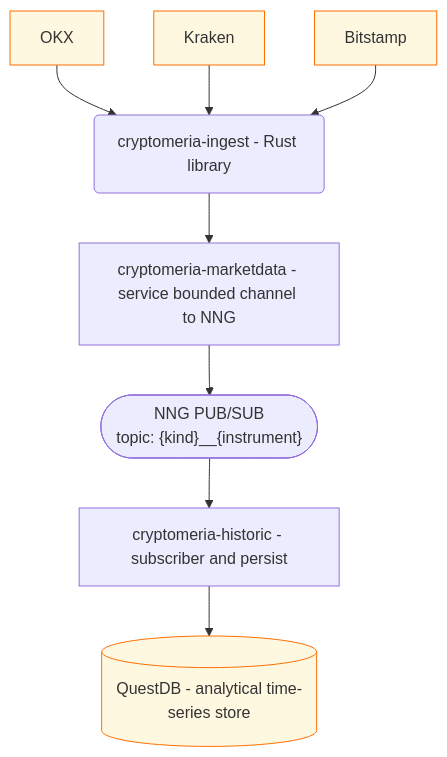
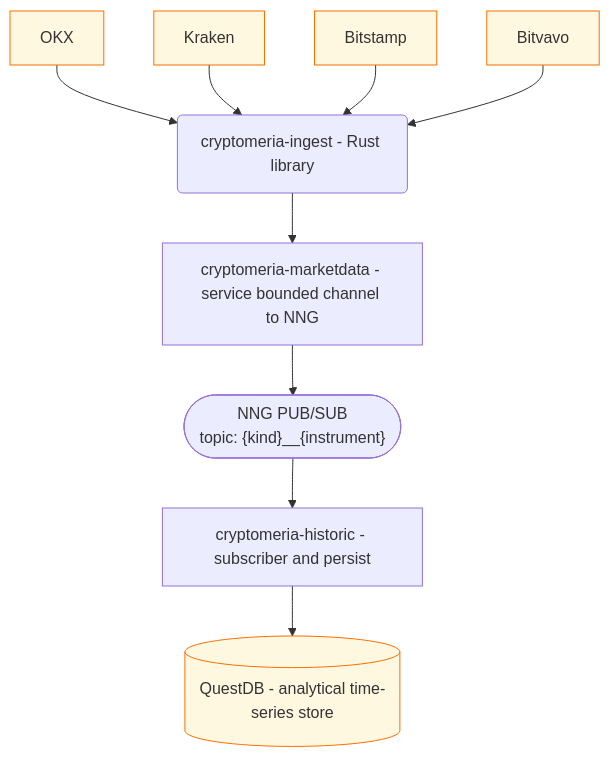
Before and after one commit to fibonsai/.github: the diagram in profile/README.md, drawn with Mermaid. The commit also changed other lines of this file, not shown here.

````diff
--- a/profile/README.md
+++ b/profile/README.md
@@ -31,35 +31,37 @@
 ```mermaid
 flowchart TB
     %% Exchange feeds
     OKX["OKX"]
     Kraken["Kraken"]
     Bitstamp["Bitstamp"]
+    Bitvavo["Bitvavo"]
 
     %% Stage 1 - Ingest (library)
     ingest("cryptomeria-ingest - Rust library")
 
     %% Stage 2 - Marketdata (service)
     marketdata["cryptomeria-marketdata - service bounded channel to NNG"]
 
     %% NNG pub/sub broker
     nng(["NNG PUB/SUB<br/>topic: {kind}__{instrument}"])
 
     %% Stage 3 - Historic (subscriber)
     historic["cryptomeria-historic - subscriber and persist"]
 
     %% Analytical store
     questdb[("QuestDB - analytical time-series store")]
 
     OKX --> ingest
     Kraken --> ingest
     Bitstamp --> ingest
+    Bitvavo --> ingest
     ingest --> marketdata
     marketdata --> nng
     nng --> historic
     historic --> questdb
 
     classDef exchange fill:#fff8e1,stroke:#ff6f00,stroke-width:1px
     classDef store fill:#fff8e1,stroke:#ff6f00,stroke-width:1px
-    class OKX,Kraken,Bitstamp exchange
+    class OKX,Kraken,Bitstamp,Bitvavo exchange
     class questdb store
 ```
````
